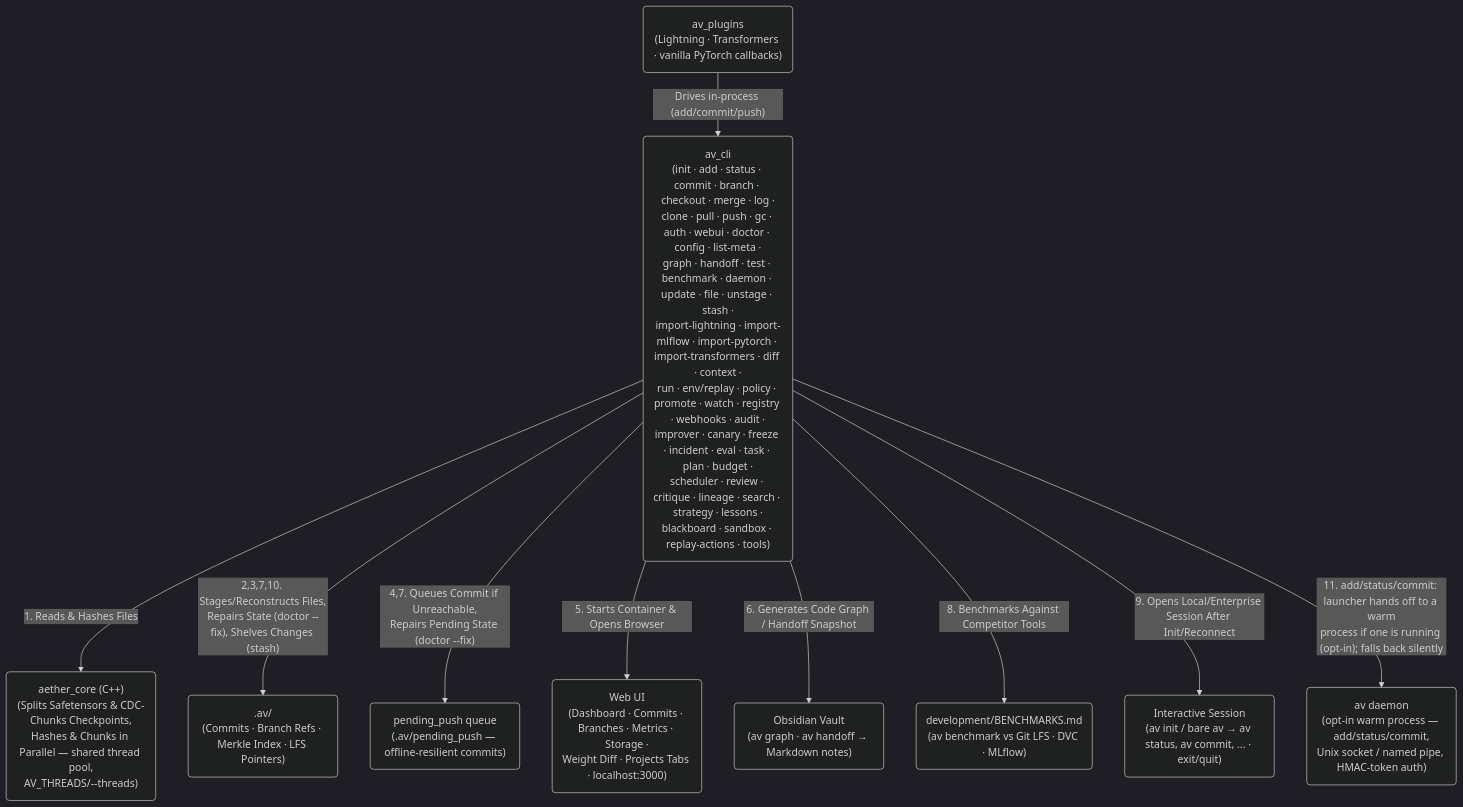
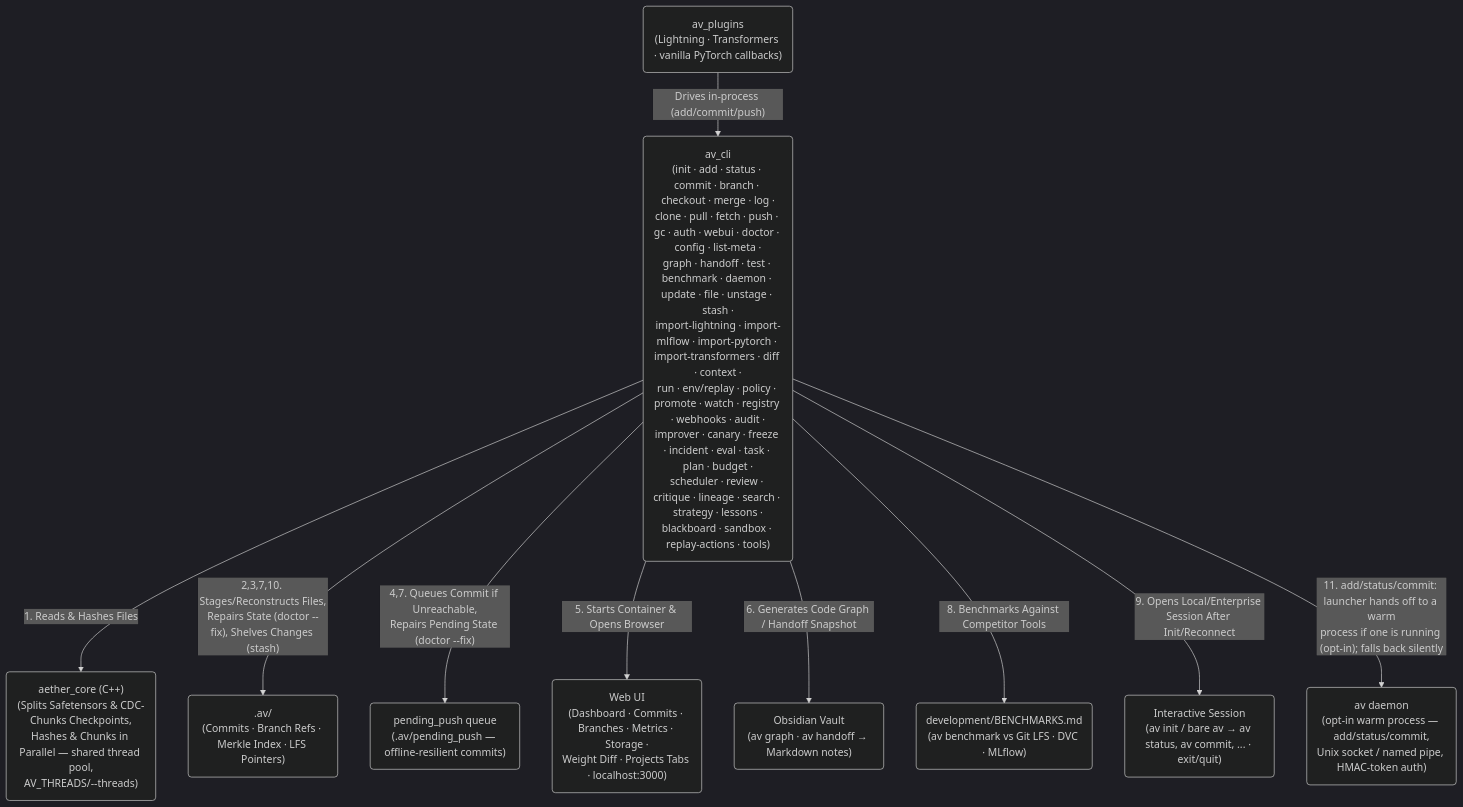
One commit to leon1706-lol/Aether-Vault changed the first of 2 diagrams in README.md. Above: the diagram before and after it, drawn with Mermaid (dark theme). The commit also changed other lines of this file and 97 other files, not shown here.

````diff
--- a/README.md
+++ b/README.md
@@ -133,23 +134,23 @@
 ```mermaid
 graph TD
     Plugins("av_plugins<br>(Lightning · Transformers · vanilla PyTorch callbacks)")
-    CLI("av_cli<br>(init · add · status · commit · branch · checkout · merge · log ·<br>clone · pull · push · gc · auth · webui · doctor · config · list-meta ·<br>graph · handoff · test · benchmark · daemon · update · file · unstage · stash ·<br>import-lightning · import-mlflow · import-pytorch · import-transformers · diff · context ·<br>run · env/replay · policy · promote · watch · registry · webhooks · audit ·<br>improver · canary · freeze · incident · eval · task · plan · budget ·<br>scheduler · review · critique · lineage · search · strategy · lessons ·<br>blackboard · sandbox · replay-actions · tools)")
+    CLI("av_cli<br>(init · add · status · commit · branch · checkout · merge · log ·<br>clone · pull · fetch · push · gc · auth · webui · doctor · config · list-meta ·<br>graph · handoff · test · benchmark · daemon · update · file · unstage · stash ·<br>import-lightning · import-mlflow · import-pytorch · import-transformers · diff · context ·<br>run · env/replay · policy · promote · watch · registry · webhooks · audit ·<br>improver · canary · freeze · incident · eval · task · plan · budget ·<br>scheduler · review · critique · lineage · search · strategy · lessons ·<br>blackboard · sandbox · replay-actions · tools)")
     CPP("aether_core (C++)<br>(Splits Safetensors & CDC-Chunks Checkpoints,<br>Hashes & Chunks in Parallel — shared thread pool,<br>AV_THREADS/--threads)")
     LocalDAG(".av/<br>(Commits · Branch Refs · Merkle Index · LFS Pointers)")
     PendingQ("pending_push queue<br>(.av/pending_push — offline-resilient commits)")
     WebUI("Web UI<br>(Dashboard · Commits · Branches · Metrics · Storage ·<br>Weight Diff · Projects Tabs · localhost:3000)")
     Vault("Obsidian Vault<br>(av graph · av handoff → Markdown notes)")
     Benchmarks("development/BENCHMARKS.md<br>(av benchmark vs Git LFS · DVC · MLflow)")
     Session("Interactive Session<br>(av init / bare av → av status, av commit, ... · exit/quit)")
     Daemon("av daemon<br>(opt-in warm process — add/status/commit,<br>Unix socket / named pipe, HMAC-token auth)")
 
     Plugins -- "Drives in-process (add/commit/push)" --> CLI
     CLI -- "1. Reads & Hashes Files" --> CPP
     CLI -- "2,3,7,10. Stages/Reconstructs Files,<br>Repairs State (doctor --fix), Shelves Changes (stash)" --> LocalDAG
     CLI -- "4,7. Queues Commit if Unreachable,<br>Repairs Pending State (doctor --fix)" --> PendingQ
     CLI -- "5. Starts Container & Opens Browser" --> WebUI
     CLI -- "6. Generates Code Graph / Handoff Snapshot" --> Vault
     CLI -- "8. Benchmarks Against Competitor Tools" --> Benchmarks
     CLI -- "9. Opens Local/Enterprise Session After Init/Reconnect" --> Session
     CLI -- "11. add/status/commit: launcher hands off to a warm<br>process if one is running (opt-in); falls back silently" --> Daemon
 ```
````
